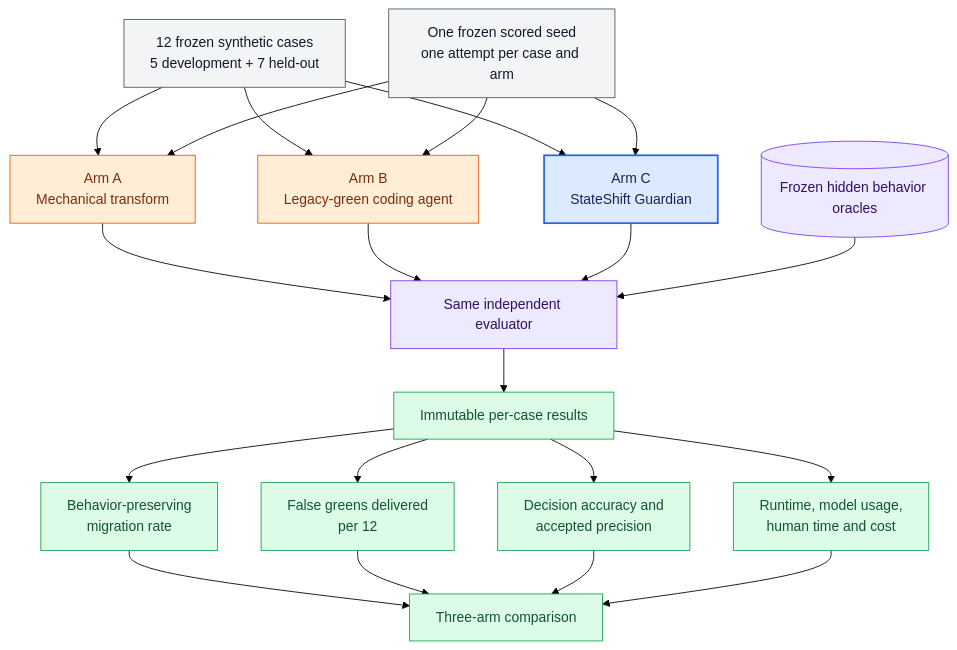
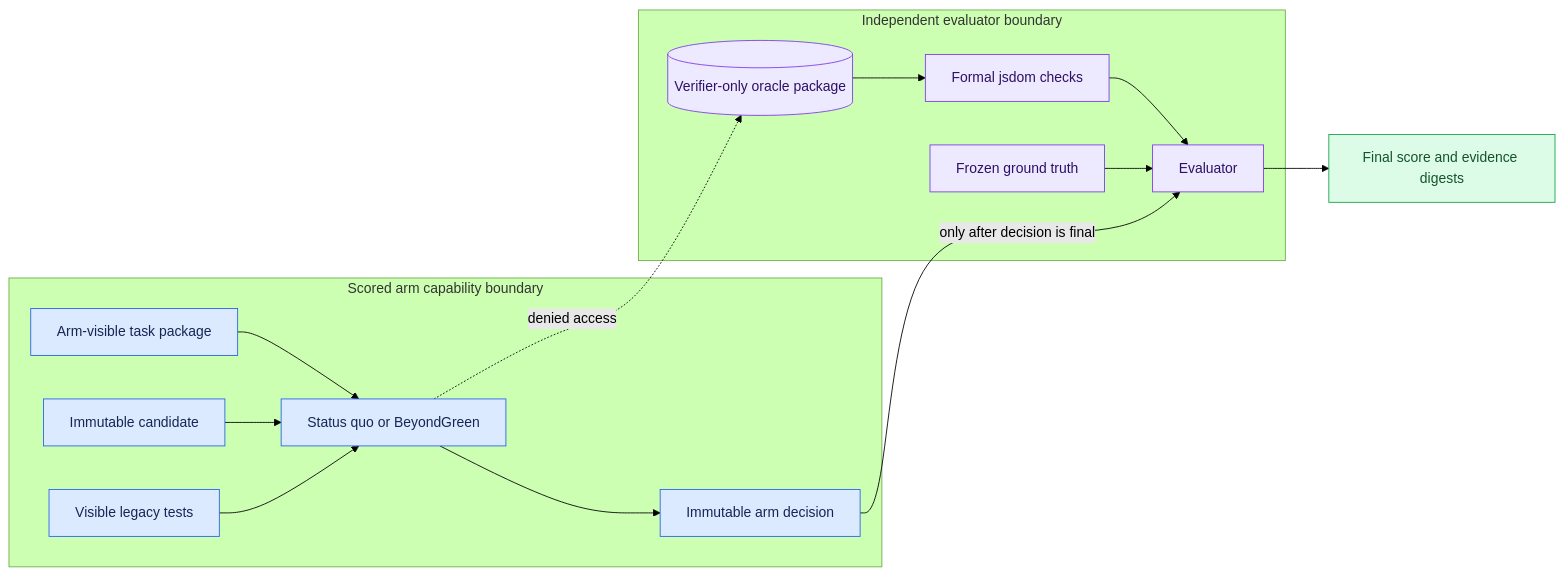
One commit to BolshakovAndrey/micro1-beyondgreen changed the third of 6 diagrams in docs/DIAGRAMS_RU.md. Above: the diagram before and after it, drawn with Mermaid (forest theme). The commit also changed other lines of this file and 16 other files, not shown here.

Commit message:
feat(Spec):[BeyondGreen] Approve normative v1.1 specification

````diff
--- a/docs/DIAGRAMS_RU.md
+++ b/docs/DIAGRAMS_RU.md
@@ -144,38 +86,36 @@
 ```mermaid
-flowchart TB
-    CASES["12 frozen synthetic cases<br/>5 development + 7 held-out"]
-    SEED["One frozen scored seed<br/>one attempt per case and arm"]
-    CASES --> A["Arm A<br/>Mechanical transform"]
-    CASES --> B["Arm B<br/>Legacy-green coding agent"]
-    CASES --> C["Arm C<br/>StateShift Guardian"]
-    SEED --> A
-    SEED --> B
-    SEED --> C
+flowchart LR
+    subgraph ARM["Scored arm capability boundary"]
+        TASK["Arm-visible task package"]
+        SRC["Immutable candidate"]
+        TESTS["Visible legacy tests"]
+        RUN["Status quo or BeyondGreen"]
+        DECISION["Immutable arm decision"]
+        TASK --> RUN
+        SRC --> RUN
+        TESTS --> RUN
+        RUN --> DECISION
+    end
 
-    A --> E["Same independent evaluator"]
-    B --> E
-    C --> E
-    O[("Frozen hidden behavior oracles")] --> E
+    subgraph VERIFY["Independent evaluator boundary"]
+        ORACLE[("Verifier-only oracle package")]
+        CHECKS["Formal jsdom checks"]
+        GROUND["Frozen ground truth"]
+        SCORE["Evaluator"]
+        ORACLE --> CHECKS
+        CHECKS --> SCORE
+        GROUND --> SCORE
+    end
 
-    E --> PER["Immutable per-case results"]
-    PER --> BPMR["Behavior-preserving<br/>migration rate"]
-    PER --> FG["False greens delivered<br/>per 12"]
-    PER --> DEC["Decision accuracy and<br/>accepted precision"]
-    PER --> COST["Runtime, model usage,<br/>human time and cost"]
-    BPMR --> COMP["Three-arm comparison"]
-    FG --> COMP
-    DEC --> COMP
-    COST --> COMP
+    DECISION -->|"only after decision is final"| SCORE
+    RUN -. "denied access" .-> ORACLE
+    SCORE --> RESULT["Final score and evidence digests"]
 
-    classDef input fill:#f3f4f6,stroke:#4b5563,color:#111827;
-    classDef baseline fill:#ffedd5,stroke:#ea580c,color:#7c2d12;
-    classDef guardian fill:#dbeafe,stroke:#2563eb,color:#172554,stroke-width:2px;
+    classDef arm fill:#dbeafe,stroke:#2563eb,color:#172554;
     classDef verifier fill:#ede9fe,stroke:#7c3aed,color:#2e1065;
     classDef result fill:#dcfce7,stroke:#16a34a,color:#14532d;
 
-    class CASES,SEED input;
-    class A,B baseline;
-    class C guardian;
-    class O,E verifier;
-    class PER,BPMR,FG,DEC,COST,COMP result;
+    class TASK,SRC,TESTS,RUN,DECISION arm;
+    class ORACLE,CHECKS,GROUND,SCORE verifier;
+    class RESULT result;
 ```
````
